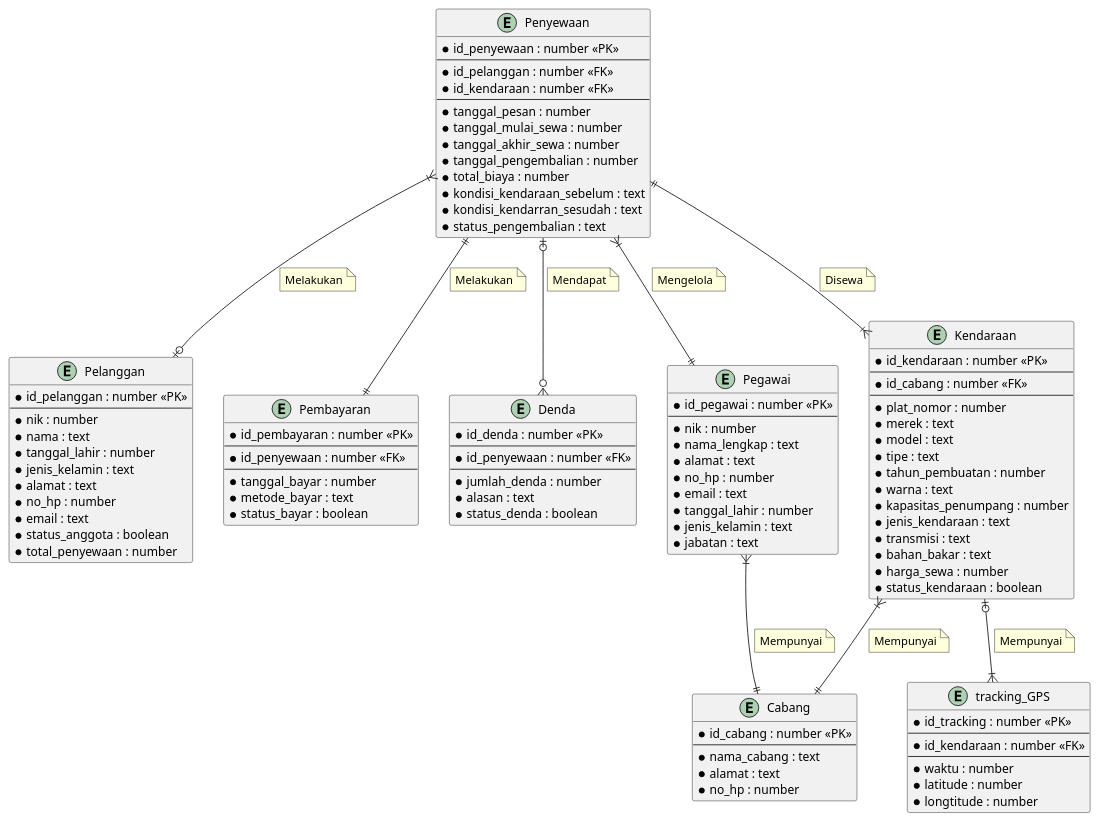
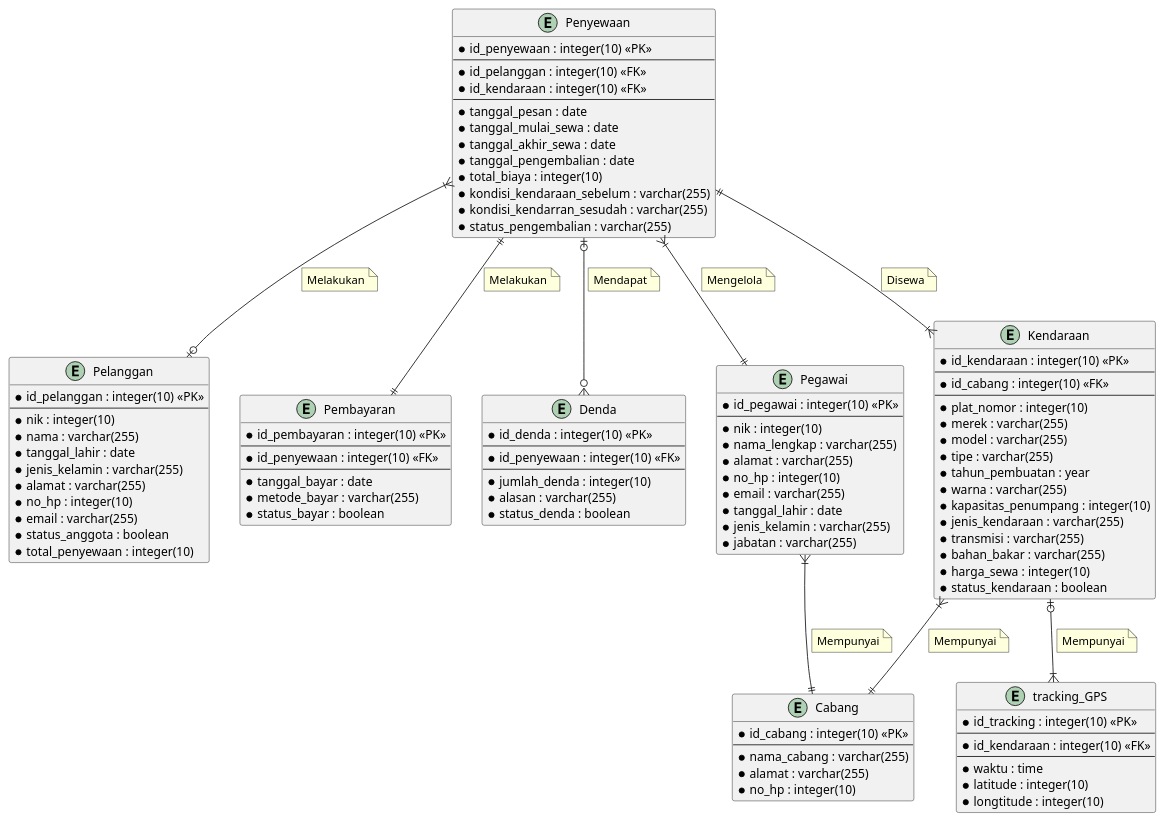
One commit to didanannasai/rental-kendaraan changed the diagram in rental_kendaraan.puml. Above: the diagram before and after it, drawn with PlantUML.

Commit message:
membuat file rental_kendaraan.puml versi 2

```diff
--- a/rental_kendaraan.puml
+++ b/rental_kendaraan.puml
@@ -1,139 +1,139 @@
 @startuml
 
 entity Penyewaan {
-    *id_penyewaan : number <<PK>>
+    *id_penyewaan : integer(10) <<PK>>
     --
-    *id_pelanggan : number <<FK>>
-    *id_kendaraan : number <<FK>>
+    *id_pelanggan : integer(10) <<FK>>
+    *id_kendaraan : integer(10) <<FK>>
     --
-    *tanggal_pesan : number
-    *tanggal_mulai_sewa : number
-    *tanggal_akhir_sewa : number
-    *tanggal_pengembalian : number
-    *total_biaya : number
-    *kondisi_kendaraan_sebelum : text
-    *kondisi_kendarran_sesudah : text
-    *status_pengembalian : text
+    *tanggal_pesan : date
+    *tanggal_mulai_sewa : date
+    *tanggal_akhir_sewa : date
+    *tanggal_pengembalian : date
+    *total_biaya : integer(10)
+    *kondisi_kendaraan_sebelum : varchar(255)
+    *kondisi_kendarran_sesudah : varchar(255)
+    *status_pengembalian : varchar(255)
 }
 
 entity Pelanggan {
-    *id_pelanggan : number <<PK>>
+    *id_pelanggan : integer(10) <<PK>>
     --
-    *nik : number
-    *nama : text
-    *tanggal_lahir : number
-    *jenis_kelamin : text
-    *alamat : text
-    *no_hp : number
-    *email : text
+    *nik : integer(10)
+    *nama : varchar(255)
+    *tanggal_lahir : date
+    *jenis_kelamin : varchar(255)
+    *alamat : varchar(255)
+    *no_hp : integer(10)
+    *email : varchar(255)
     *status_anggota : boolean
-    *total_penyewaan : number
+    *total_penyewaan : integer(10)
 }
 
 entity Pembayaran {
-    *id_pembayaran : number <<PK>>
+    *id_pembayaran : integer(10) <<PK>>
     --
-    *id_penyewaan : number <<FK>>
+    *id_penyewaan : integer(10) <<FK>>
     --
-    *tanggal_bayar : number
-    *metode_bayar : text
+    *tanggal_bayar : date
+    *metode_bayar : varchar(255)
     *status_bayar : boolean
 }
 
 entity Denda {
-    *id_denda : number <<PK>>
+    *id_denda : integer(10) <<PK>>
     --
-    *id_penyewaan : number <<FK>>
+    *id_penyewaan : integer(10) <<FK>>
     --
-    *jumlah_denda : number
-    *alasan : text
+    *jumlah_denda : integer(10)
+    *alasan : varchar(255)
     *status_denda : boolean
 }
 
 entity Pegawai {
-    *id_pegawai : number <<PK>>
+    *id_pegawai : integer(10) <<PK>>
     --
-    *nik : number
-    *nama_lengkap : text
-    *alamat : text
-    *no_hp : number
-    *email : text
-    *tanggal_lahir : number
-    *jenis_kelamin : text
-    *jabatan : text
+    *nik : integer(10)
+    *nama_lengkap : varchar(255)
+    *alamat : varchar(255)
+    *no_hp : integer(10)
+    *email : varchar(255)
+    *tanggal_lahir : date
+    *jenis_kelamin : varchar(255)
+    *jabatan : varchar(255)
 }
 
 entity Kendaraan {
-    *id_kendaraan : number <<PK>>
+    *id_kendaraan : integer(10) <<PK>>
     --
-    *id_cabang : number <<FK>>
+    *id_cabang : integer(10) <<FK>>
     --
-    *plat_nomor : number
-    *merek : text
-    *model : text
-    *tipe : text
-    *tahun_pembuatan : number
-    *warna : text
-    *kapasitas_penumpang : number
-    *jenis_kendaraan : text
-    *transmisi : text
-    *bahan_bakar : text
-    *harga_sewa : number
+    *plat_nomor : integer(10)
+    *merek : varchar(255)
+    *model : varchar(255)
+    *tipe : varchar(255)
+    *tahun_pembuatan : year
+    *warna : varchar(255)
+    *kapasitas_penumpang : integer(10)
+    *jenis_kendaraan : varchar(255)
+    *transmisi : varchar(255)
+    *bahan_bakar : varchar(255)
+    *harga_sewa : integer(10)
     *status_kendaraan : boolean
 }
 
 entity Cabang {
-    *id_cabang : number <<PK>>
+    *id_cabang : integer(10) <<PK>>
     --
-    *nama_cabang : text
-    *alamat : text
-    *no_hp : number
+    *nama_cabang : varchar(255)
+    *alamat : varchar(255)
+    *no_hp : integer(10)
 }
 
 entity tracking_GPS {
-    *id_tracking : number <<PK>>
+    *id_tracking : integer(10) <<PK>>
     --
-    *id_kendaraan : number <<FK>>
+    *id_kendaraan : integer(10) <<FK>>
     --
-    *waktu : number
-    *latitude : number
-    *longtitude : number
+    *waktu : time
+    *latitude : integer(10)
+    *longtitude : integer(10)
 }
 
 Penyewaan}|--o|Pelanggan
 note on link
     Melakukan
 end note
 Penyewaan||--||Pembayaran
 note on link
     Melakukan
 end note
 Penyewaan|o--o{Denda
 note on link
     Mendapat
 end note
 Penyewaan||--|{Kendaraan
 note on link
     Disewa
 end note
 Penyewaan}|--||Pegawai
 note on link
     Mengelola
 end note
 
 Kendaraan}|--||Cabang
 note on link
     Mempunyai
 end note
 Kendaraan|o--|{tracking_GPS
 note on link
     Mempunyai
 end note
 
 Pegawai}|--||Cabang
 note on link
     Mempunyai
 end note
 
 
 @enduml
```
